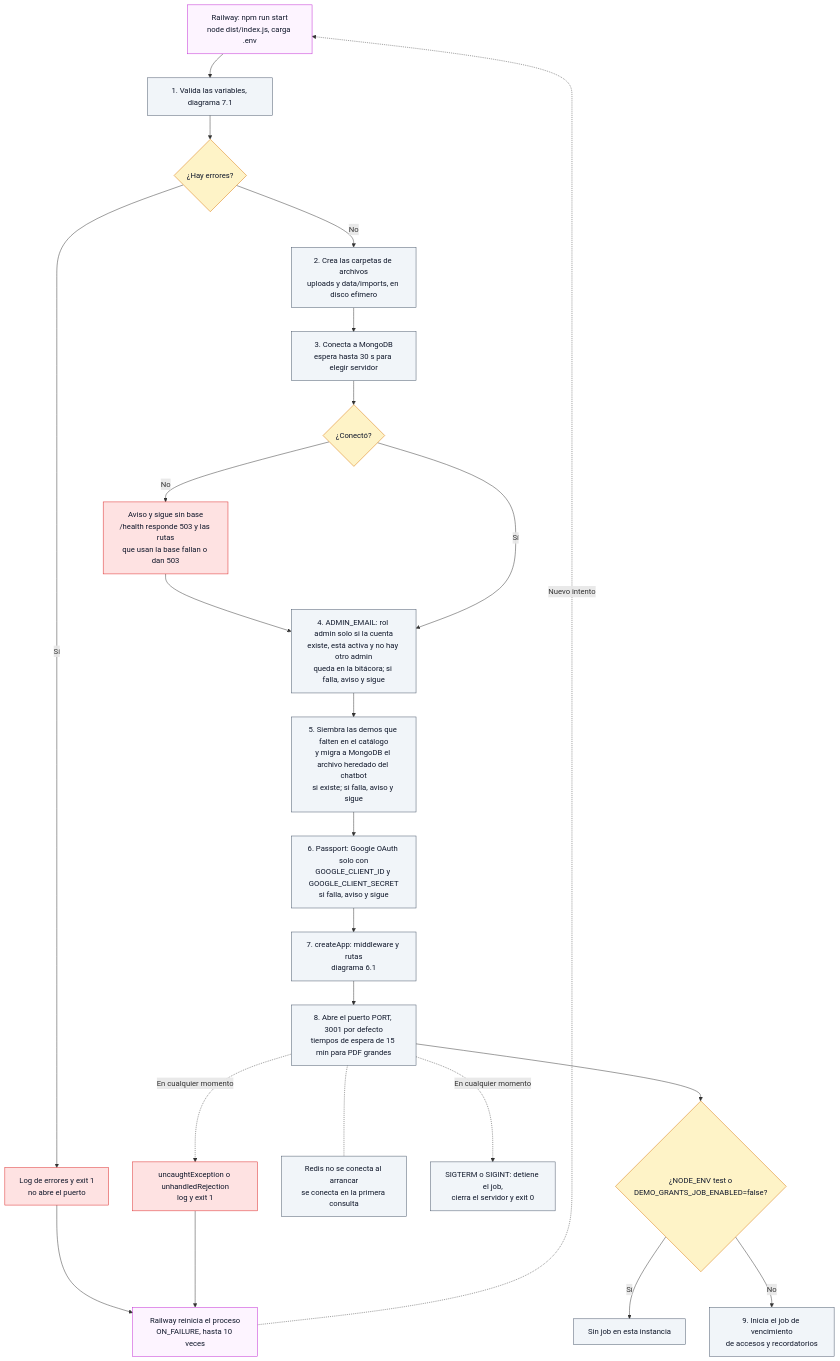
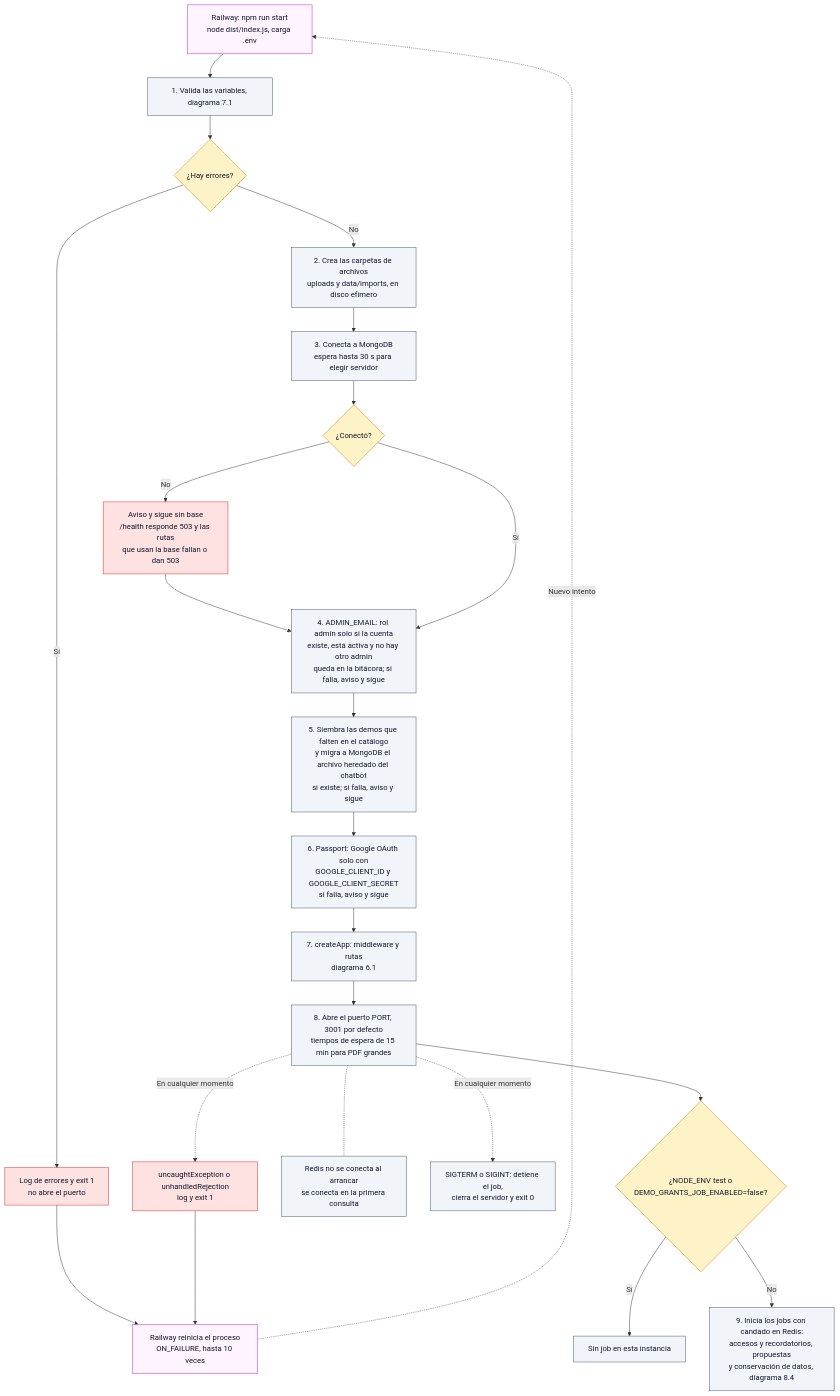
Diagram 21 of 24 in docs/wiki/Doc-14-3-Flujos-Tecnicos.md (ronalc90/koptup), drawn with Mermaid before and after one commit. The commit also changed other lines of this file and 90 other files, not shown here.

````diff
--- a/docs/wiki/Doc-14-3-Flujos-Tecnicos.md
+++ b/docs/wiki/Doc-14-3-Flujos-Tecnicos.md
@@ -1293,45 +1305,45 @@
 ```mermaid
 flowchart TD
     classDef visitante fill:#dbeafe,stroke:#2563eb,color:#0f172a
     classDef sistema fill:#f1f5f9,stroke:#475569,color:#0f172a
     classDef admin fill:#f3e8ff,stroke:#9333ea,color:#0f172a
     classDef aviso fill:#dcfce7,stroke:#16a34a,color:#0f172a
     classDef decision fill:#fef3c7,stroke:#d97706,color:#0f172a
     classDef error fill:#fee2e2,stroke:#dc2626,color:#0f172a
     classDef externo fill:#fdf4ff,stroke:#c026d3,color:#0f172a
 
     S["Railway: npm run start<br/>node dist/index.js, carga .env"]:::externo
     E["1. Valida las variables, diagrama 7.1"]:::sistema
     Q1{"¿Hay errores?"}:::decision
     X["Log de errores y exit 1<br/>no abre el puerto"]:::error
     RR["Railway reinicia el proceso<br/>ON_FAILURE, hasta 10 veces"]:::externo
     D["2. Crea las carpetas de archivos<br/>uploads y data/imports, en disco efímero"]:::sistema
     M["3. Conecta a MongoDB<br/>espera hasta 30 s para elegir servidor"]:::sistema
     Q2{"¿Conectó?"}:::decision
     MW["Aviso y sigue sin base<br/>/health responde 503 y las rutas<br/>que usan la base fallan o dan 503"]:::error
     A["4. ADMIN_EMAIL: rol admin solo si la cuenta<br/>existe, está activa y no hay otro admin<br/>queda en la bitácora; si falla, aviso y sigue"]:::sistema
     C["5. Siembra las demos que falten en el catálogo<br/>y migra a MongoDB el archivo heredado del chatbot<br/>si existe; si falla, aviso y sigue"]:::sistema
     P["6. Passport: Google OAuth solo con<br/>GOOGLE_CLIENT_ID y GOOGLE_CLIENT_SECRET<br/>si falla, aviso y sigue"]:::sistema
     AP["7. createApp: middleware y rutas<br/>diagrama 6.1"]:::sistema
     L["8. Abre el puerto PORT, 3001 por defecto<br/>tiempos de espera de 15 min para PDF grandes"]:::sistema
     J{"¿NODE_ENV test o<br/>DEMO_GRANTS_JOB_ENABLED=false?"}:::decision
-    J1["9. Inicia el job de vencimiento<br/>de accesos y recordatorios"]:::sistema
+    J1["9. Inicia los jobs con candado en Redis:<br/>accesos y recordatorios, propuestas<br/>y conservación de datos, diagrama 8.4"]:::sistema
     J0["Sin job en esta instancia"]:::sistema
     RD["Redis no se conecta al arrancar<br/>se conecta en la primera consulta"]:::sistema
     SG["SIGTERM o SIGINT: detiene el job,<br/>cierra el servidor y exit 0"]:::sistema
     CR["uncaughtException o unhandledRejection<br/>log y exit 1"]:::error
 
     S --> E --> Q1
     Q1 -->|Sí| X --> RR
     RR -.->|Nuevo intento| S
     Q1 -->|No| D --> M --> Q2
     Q2 -->|No| MW --> A
     Q2 -->|Sí| A
     A --> C --> P --> AP --> L --> J
     J -->|Sí| J0
     J -->|No| J1
     L -.- RD
     L -.->|En cualquier momento| SG
     L -.->|En cualquier momento| CR
     CR --> RR
 ```
````
